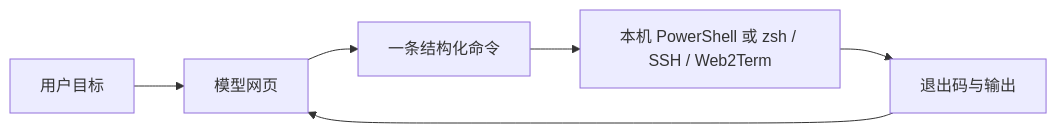
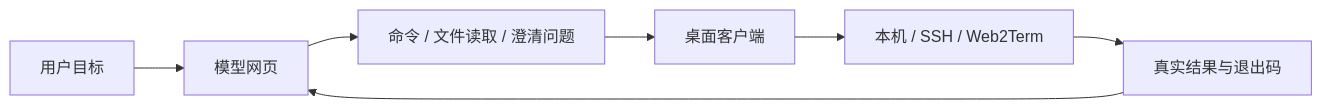
One commit to naledao/Web2Term changed the first of 2 diagrams in README.md. Above: the diagram before and after it, drawn with Mermaid. The commit also changed other lines of this file and 7 other files, not shown here.

Commit message:
docs: refresh Web2Term README and website branding

````diff
--- a/README.md
+++ b/README.md
@@ -53,8 +42,9 @@
 ```mermaid
 flowchart LR
-  U[用户目标] --> C[模型网页]
-  C --> J[一条结构化命令]
-  J --> E[本机 PowerShell 或 zsh / SSH / Web2Term]
-  E --> O[退出码与输出]
-  O --> C
+  U[用户目标] --> M[模型网页]
+  M --> R[命令 / 文件读取 / 澄清问题]
+  R --> C[桌面客户端]
+  C --> T[本机 / SSH / Web2Term]
+  T --> O[真实结果与退出码]
+  O --> M
 ```
````
